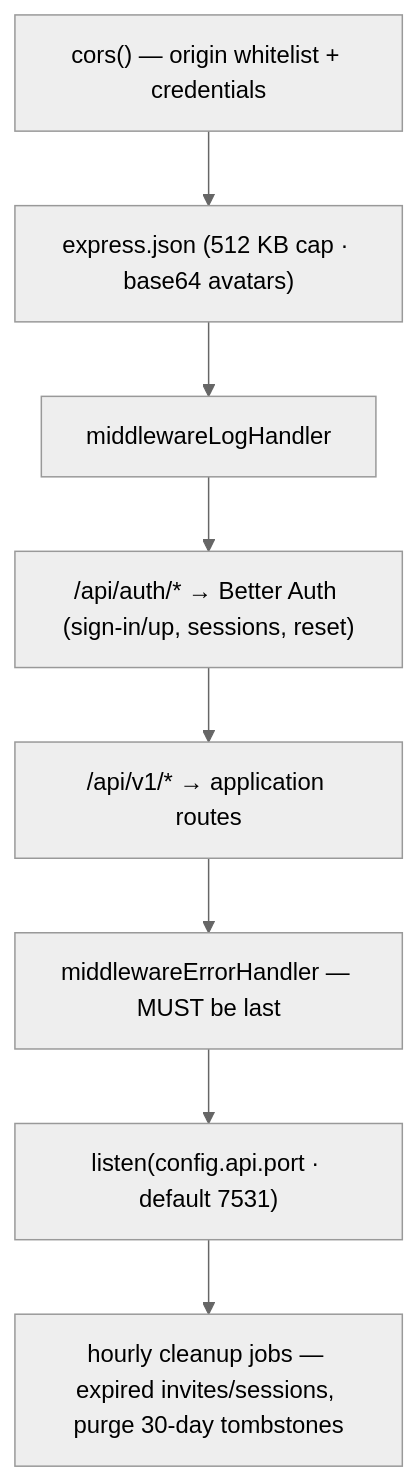
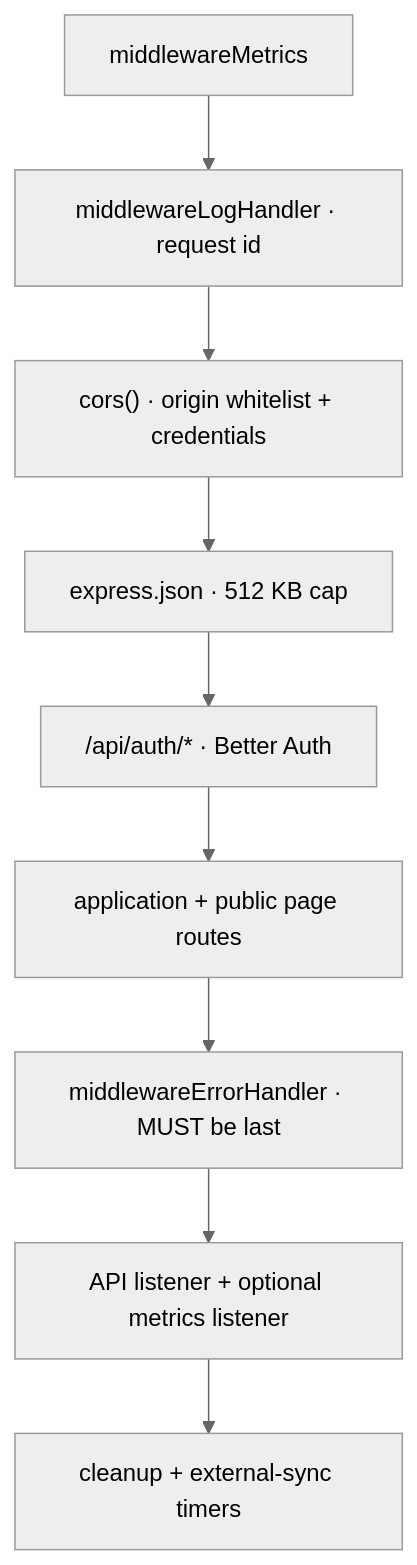
One commit to f-tuma/musubi changed the first of 2 diagrams in packages/docs/src/content/docs/architecture/api.mdx. Above: the diagram before and after it, drawn with Mermaid (neutral theme). The commit also changed other lines of this file and 32 other files, not shown here.

````diff
--- a/packages/docs/src/content/docs/architecture/api.mdx
+++ b/packages/docs/src/content/docs/architecture/api.mdx
@@ -14,10 +16,11 @@
 ```mermaid
 flowchart TD
-    A["cors() — origin whitelist + credentials"] --> B["express.json (512 KB cap · base64 avatars)"]
-    B --> C["middlewareLogHandler"]
-    C --> D["/api/auth/* → Better Auth (sign-in/up, sessions, reset)"]
-    D --> E["/api/v1/* → application routes"]
-    E --> F["middlewareErrorHandler — MUST be last"]
-    F --> G["listen(config.api.port · default 7531)"]
-    G --> H["hourly cleanup jobs — expired invites/sessions, purge 30-day tombstones"]
+    A["middlewareMetrics"] --> B["middlewareLogHandler · request id"]
+    B --> C["cors() · origin whitelist + credentials"]
+    C --> D["express.json · 512 KB cap"]
+    D --> E["/api/auth/* · Better Auth"]
+    E --> F["application + public page routes"]
+    F --> G["middlewareErrorHandler · MUST be last"]
+    G --> H["API listener + optional metrics listener"]
+    H --> I["cleanup + external-sync timers"]
 ```
````
